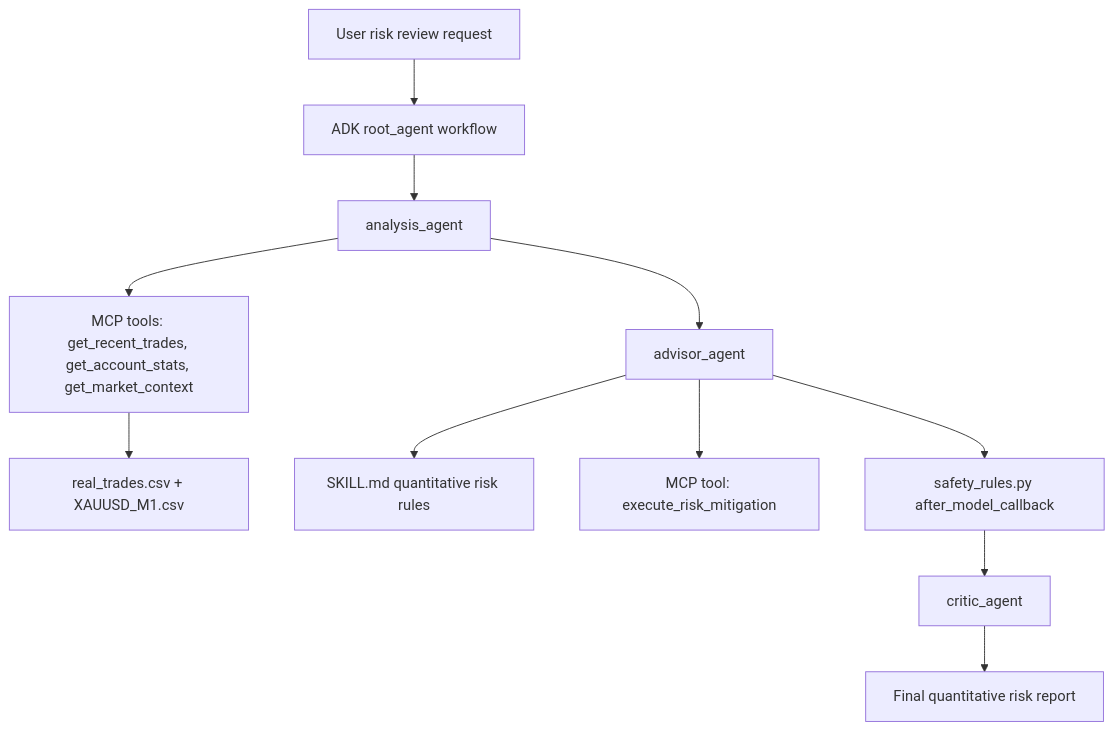
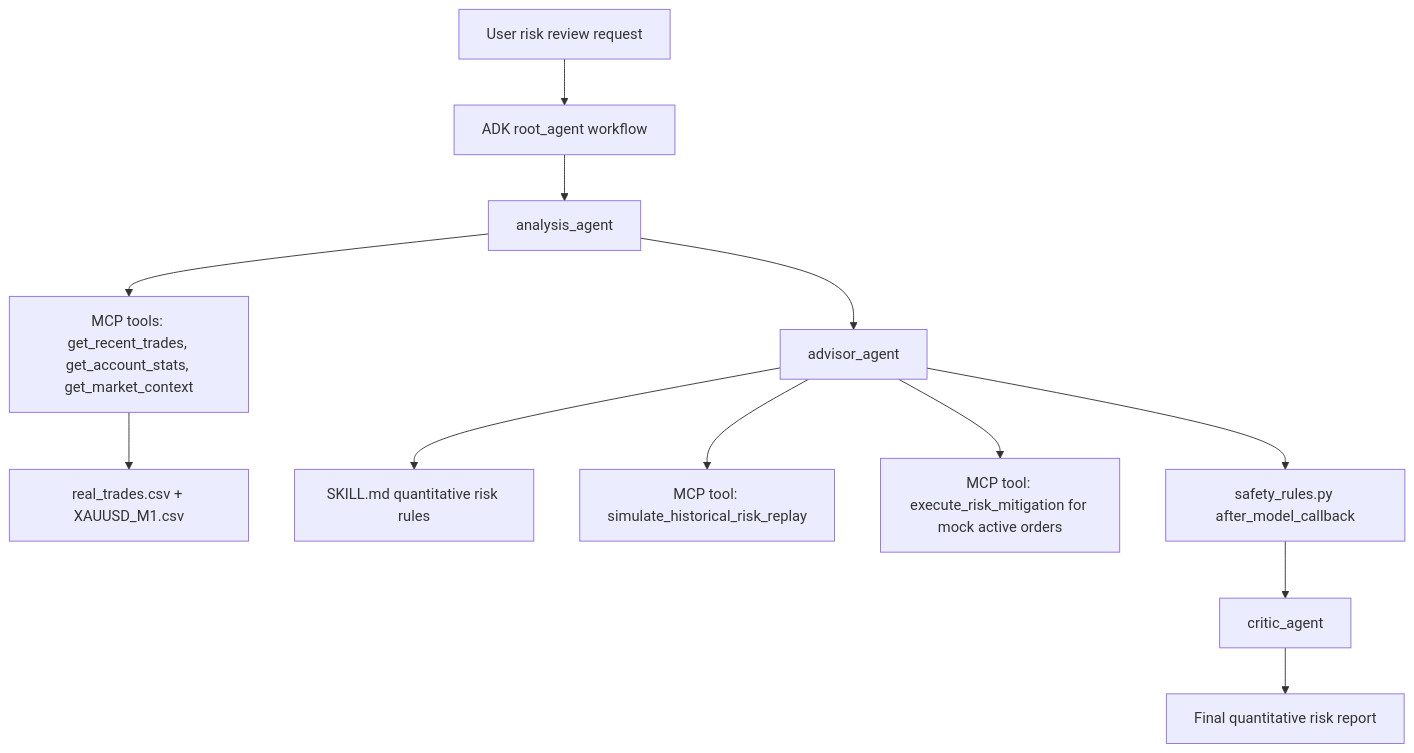
One commit to simom1/Trading-Risk-Coach changed the diagram in README.md. Above: the diagram before and after it, drawn with Mermaid. The commit also changed other lines of this file and 10 other files, not shown here.

Commit message:
Add historical risk replay simulation

````diff
--- a/README.md
+++ b/README.md
@@ -35,13 +35,14 @@
 ```mermaid
 graph TD
     User[User risk review request] --> Root[ADK root_agent workflow]
     Root --> Analysis[analysis_agent]
     Analysis --> MCPRead[MCP tools: get_recent_trades, get_account_stats, get_market_context]
     MCPRead --> Data[real_trades.csv + XAUUSD_M1.csv]
     Analysis --> Advisor[advisor_agent]
     Advisor --> Skill[SKILL.md quantitative risk rules]
-    Advisor --> MCPWrite[MCP tool: execute_risk_mitigation]
+    Advisor --> Replay[MCP tool: simulate_historical_risk_replay]
+    Advisor --> MCPWrite[MCP tool: execute_risk_mitigation for mock active orders]
     Advisor --> Guardrail[safety_rules.py after_model_callback]
     Guardrail --> Critic[critic_agent]
     Critic --> Report[Final quantitative risk report]
 ```
````
